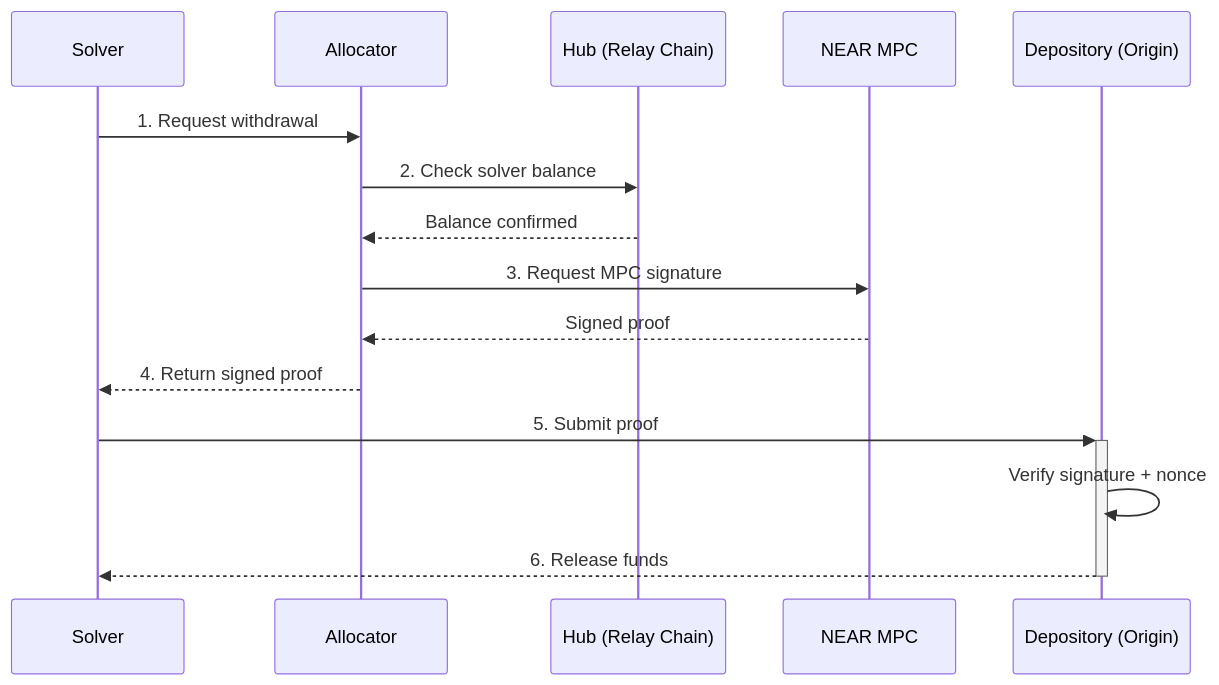
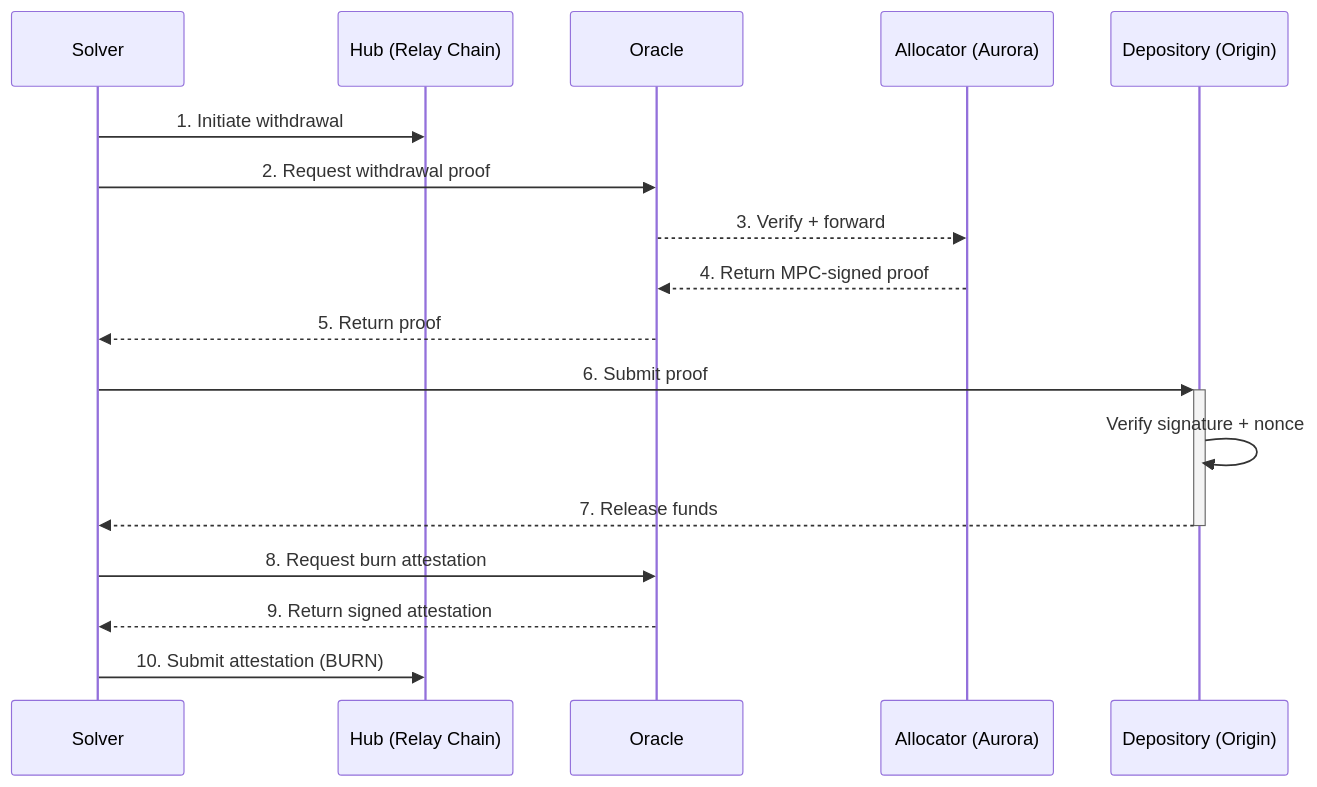
The fourth of 6 diagrams in references/protocol/how-it-works.mdx (relayprotocol/relay-docs), drawn with Mermaid before and after one commit. The commit also changed other lines of this file and 5 other files, not shown here.

First line of the commit message:
Rewrite protocol flows: pull-based Oracle, refund/forced exit, withdrawal updates

````diff
--- a/references/protocol/how-it-works.mdx
+++ b/references/protocol/how-it-works.mdx
@@ -120,18 +126,20 @@
 ```mermaid
 sequenceDiagram
     participant Solver
-    participant Allocator
     participant Hub as Hub (Relay Chain)
-    participant MPC as NEAR MPC
+    participant Oracle
+    participant Allocator as Allocator (Aurora)
     participant Depository as Depository (Origin)
 
-    Solver->>Allocator: 1. Request withdrawal
-    Allocator->>Hub: 2. Check solver balance
-    Hub-->>Allocator: Balance confirmed
-    Allocator->>MPC: 3. Request MPC signature
-    MPC-->>Allocator: Signed proof
-    Allocator-->>Solver: 4. Return signed proof
-    Solver->>+Depository: 5. Submit proof
+    Solver->>Hub: 1. Initiate withdrawal
+    Solver->>Oracle: 2. Request withdrawal proof
+    Oracle-->>Allocator: 3. Verify + forward
+    Allocator-->>Oracle: 4. Return MPC-signed proof
+    Oracle-->>Solver: 5. Return proof
+    Solver->>+Depository: 6. Submit proof
     Depository->>Depository: Verify signature + nonce
-    Depository-->>-Solver: 6. Release funds
+    Depository-->>-Solver: 7. Release funds
+    Solver->>Oracle: 8. Request burn attestation
+    Oracle-->>Solver: 9. Return signed attestation
+    Solver->>Hub: 10. Submit attestation (BURN)
 ```
````
